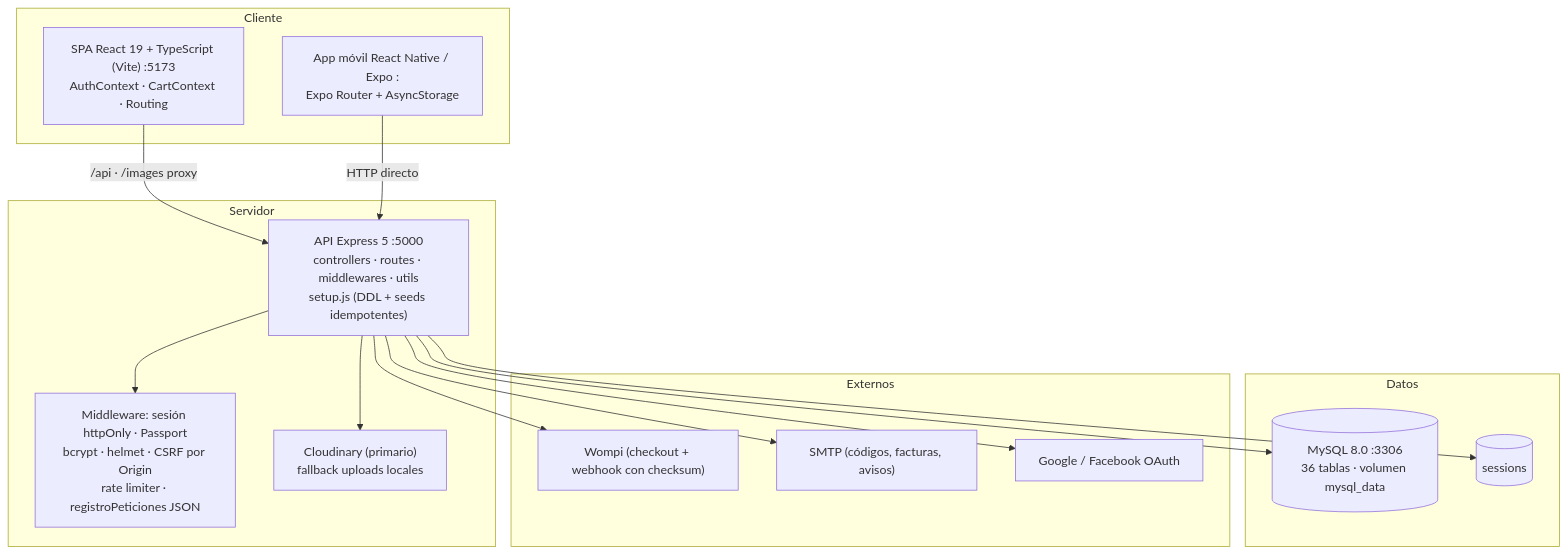
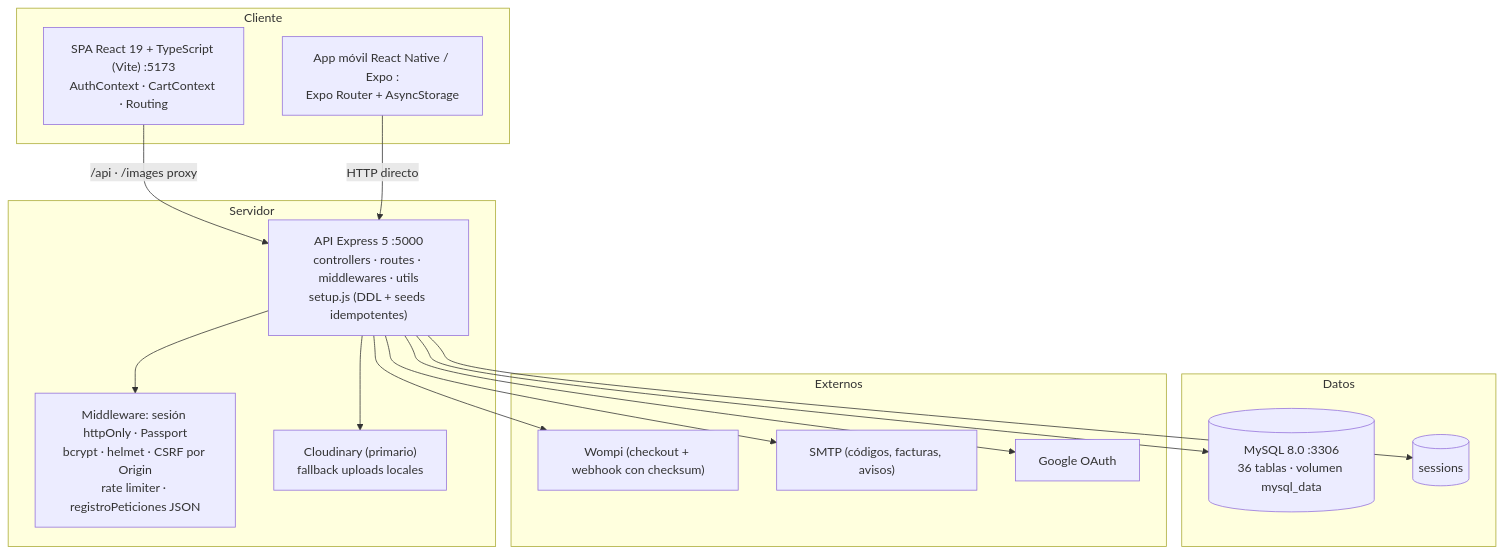
One commit to yeisonfernandez2022-crypto/Jadda_Sports_React changed the third of 5 diagrams in docs/manuales/manual-tecnico.md. Above: the diagram before and after it, drawn with Mermaid. The commit also changed other lines of this file and 50 other files, not shown here.

````diff
--- a/docs/manuales/manual-tecnico.md
+++ b/docs/manuales/manual-tecnico.md
@@ -122,30 +122,30 @@
 ```mermaid
 graph TB
     subgraph "Cliente"
         WEB["SPA React 19 + TypeScript (Vite) :5173<br/>AuthContext · CartContext · Routing"]
         MOVIL["App móvil React Native / Expo :<br/>Expo Router + AsyncStorage"]
     end
     subgraph "Servidor"
         API["API Express 5 :5000<br/>controllers · routes · middlewares · utils<br/>setup.js (DDL + seeds idempotentes)"]
         MW["Middleware: sesión httpOnly · Passport<br/>bcrypt · helmet · CSRF por Origin<br/>rate limiter · registroPeticiones JSON"]
         MEDIA["Cloudinary (primario)<br/>fallback uploads locales"]
     end
     subgraph "Datos"
         DB[("MySQL 8.0 :3306<br/>36 tablas · volumen mysql_data")]
         SES[("sessions")]
     end
     subgraph "Externos"
         WOMPI["Wompi (checkout + webhook con checksum)"]
         SMTP["SMTP (códigos, facturas, avisos)"]
-        GFB["Google / Facebook OAuth"]
+        GFB["Google OAuth"]
     end
     WEB -->|"/api · /images proxy"| API
     MOVIL -->|HTTP directo| API
     API --> MW
     API --> DB
     API --> SES
     API --> MEDIA
     API --> WOMPI
     API --> SMTP
     API --> GFB
 ```
````
